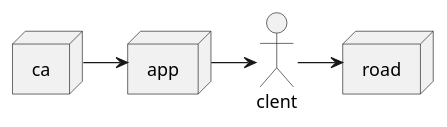
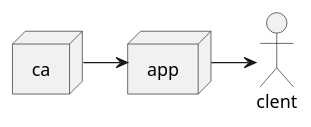
One commit to Vivekyadavgithub/PlantUML-tut changed the diagram in test.iuml. Above: the diagram before and after it, drawn with PlantUML.

```diff
--- a/test.iuml
+++ b/test.iuml
@@ -1,10 +1,10 @@
 @startuml
 actor clent
 node app
 node ca
-node road
+
 
 ca -> app
 app -> clent
-clent -> road
+
 @enduml
```
